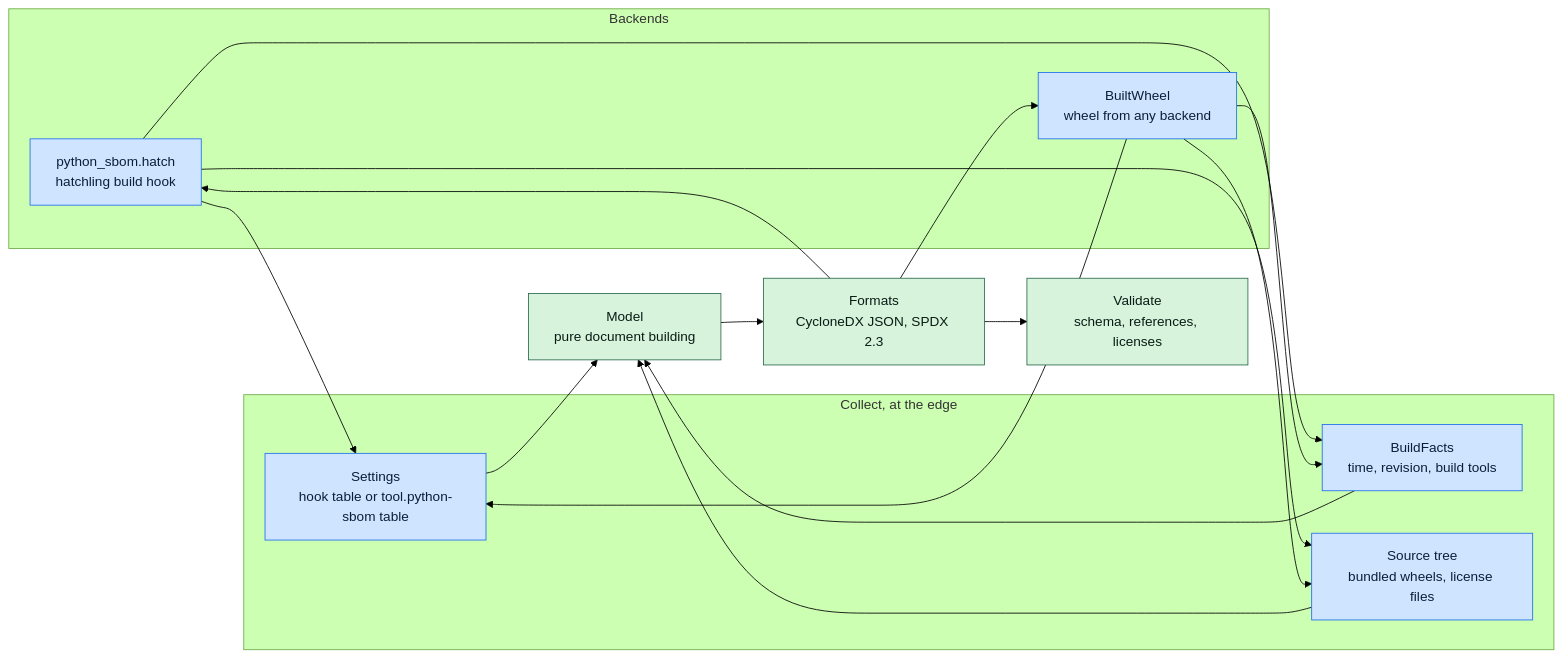
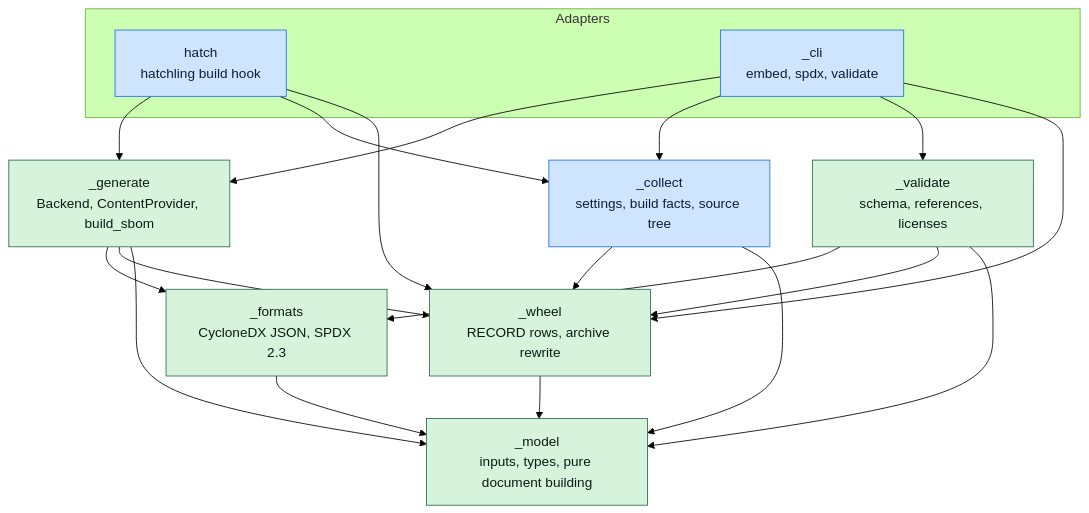
One commit to tox-dev/hatch-pep770 changed the diagram in docs/explanation.rst. Above: the diagram before and after it, drawn with Mermaid (forest theme). The commit also changed other lines of this file and 7 other files, not shown here.

```diff
--- a/docs/explanation.rst
+++ b/docs/explanation.rst
@@ -14,23 +14,34 @@
 .. mermaid::
 
-    flowchart LR
-        subgraph backends[Backends]
-            hatch[python_sbom.hatch<br/>hatchling build hook]
-            built[BuiltWheel<br/>wheel from any backend]
+    flowchart TB
+        subgraph adapters[Adapters]
+            hook[hatch<br/>hatchling build hook]
+            cli[_cli<br/>embed, spdx, validate]
         end
-        subgraph collect[Collect, at the edge]
-            settings[Settings<br/>hook table or tool.python-sbom table]
-            facts[BuildFacts<br/>time, revision, build tools]
-            source[Source tree<br/>bundled wheels, license files]
-        end
-        model[Model<br/>pure document building]
-        formats[Formats<br/>CycloneDX JSON, SPDX 2.3]
-        validate[Validate<br/>schema, references, licenses]
-        hatch & built --> settings & facts & source
-        settings & facts & source --> model
-        formats --> hatch & built & validate
-        model --> formats
+        generate[_generate<br/>Backend, ContentProvider, build_sbom]
+        collect[_collect<br/>settings, build facts, source tree]
+        validate[_validate<br/>schema, references, licenses]
+        formats[_formats<br/>CycloneDX JSON, SPDX 2.3]
+        wheel[_wheel<br/>RECORD rows, archive rewrite]
+        model[_model<br/>inputs, types, pure document building]
+        hook --> generate
+        hook --> collect
+        hook --> wheel
+        cli --> generate
+        cli --> collect
+        cli --> validate
+        cli --> wheel
+        generate --> formats
+        generate --> wheel
+        generate --> model
+        collect --> wheel
+        collect --> model
+        validate --> formats
+        validate --> wheel
+        validate --> model
+        formats --> model
+        wheel --> model
         classDef edge fill:#cfe4ff,stroke:#1f6feb,color:#0b1f3a;
         classDef core fill:#d8f3dc,stroke:#2d6a4f,color:#081c15;
-        class hatch,built,settings,facts,source edge;
-        class model,formats,validate core;
+        class hook,cli,collect edge;
+        class generate,validate,formats,wheel,model core;
```
